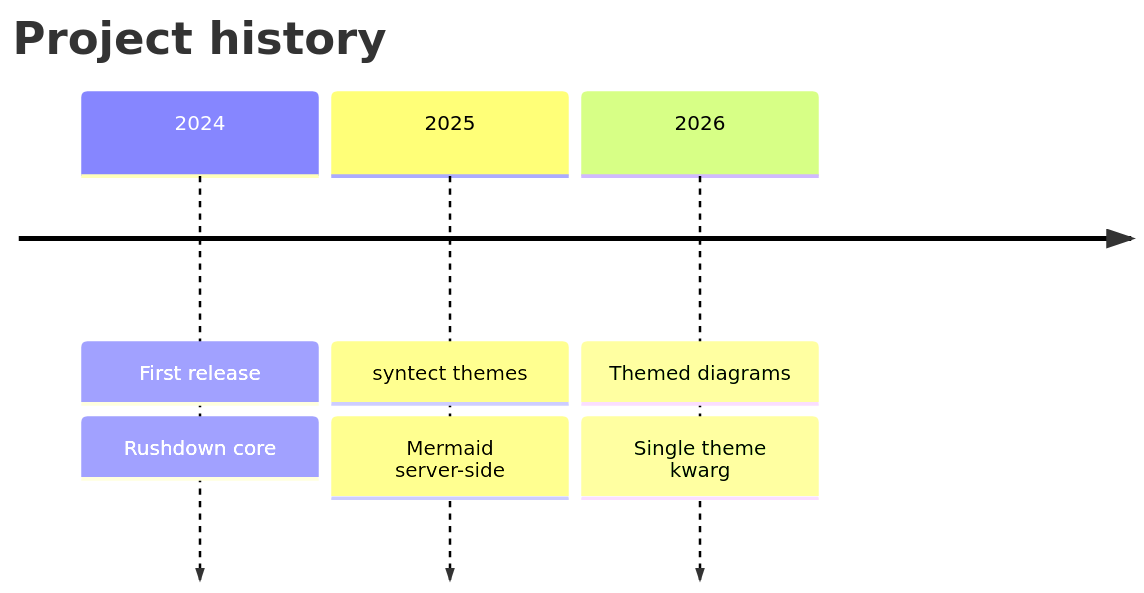
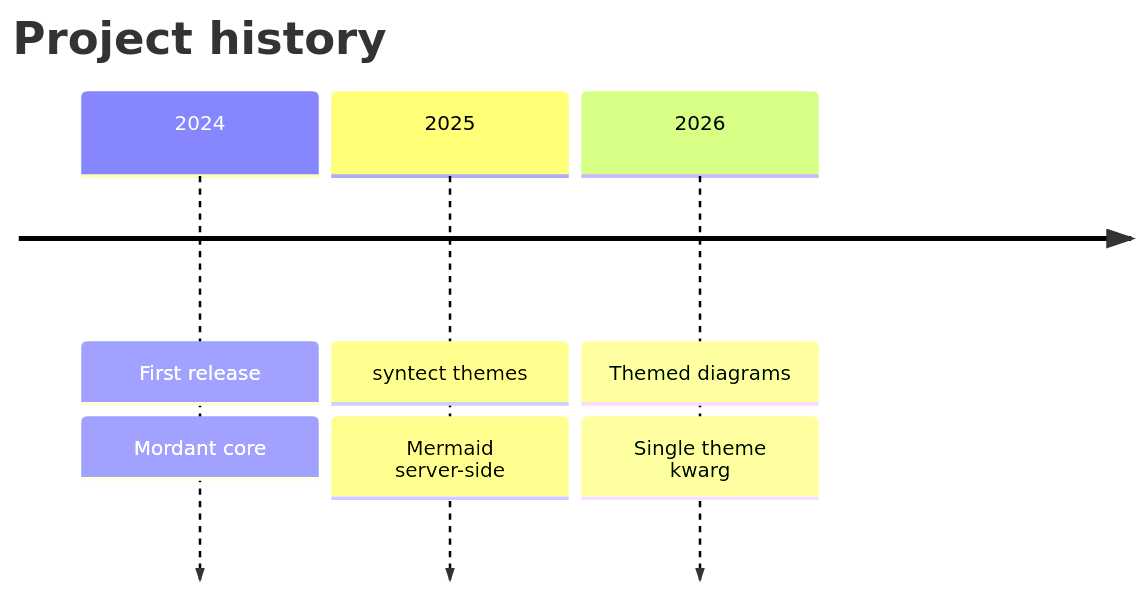
One commit to opticsWolf/mordant changed diagram 11 of 12 in mordant-py/example/demo.md. Above: the diagram before and after it, drawn with Mermaid. The commit also changed other lines of this file and 46 other files, not shown here.

First line of the commit message:
Rename rushdown to mordant; prepare crates.io release

````diff
--- a/mordant-py/example/demo.md
+++ b/mordant-py/example/demo.md
@@ -309,7 +309,7 @@
 ```mermaid
 timeline
     title Project history
-    2024 : First release : Rushdown core
+    2024 : First release : Mordant core
     2025 : syntect themes : Mermaid server-side
     2026 : Themed diagrams : Single theme kwarg
 ```
````
